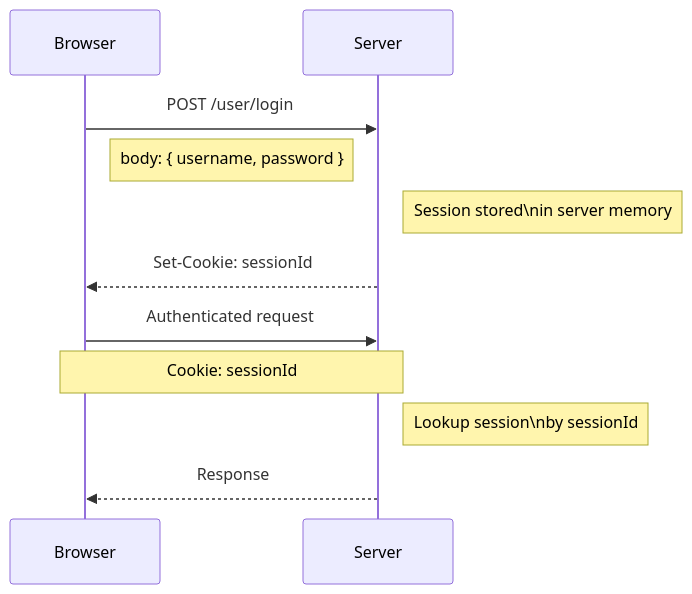
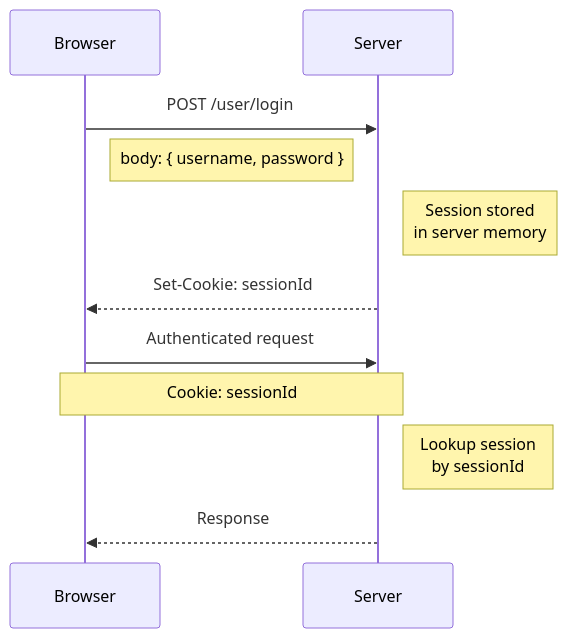
One commit to s7xWn/myFomaDocs changed the first of 3 diagrams in content/docs/computer-science/auth-identification/implementation-options.mdx. Above: the diagram before and after it, drawn with Mermaid. The commit also changed other lines of this file and 1 other file, not shown here.

Commit message:
CScience/auth-identification fixed mermaid, cout

````diff
--- a/content/docs/computer-science/auth-identification/implementation-options.mdx
+++ b/content/docs/computer-science/auth-identification/implementation-options.mdx
@@ -126,19 +126,19 @@
 ```mermaid
 sequenceDiagram
     participant B as Browser
     participant S as Server
 
     B->>S: POST /user/login
     Note right of B: body: { username, password }
 
-    Note right of S: Session stored\nin server memory
+    Note right of S: Session stored<br/>in server memory
 
     S-->>B: Set-Cookie: sessionId
 
     B->>S: Authenticated request
     Note over B,S: Cookie: sessionId
 
-    Note right of S: Lookup session\nby sessionId
+    Note right of S: Lookup session<br/>by sessionId
 
     S-->>B: Response
 ```
````
